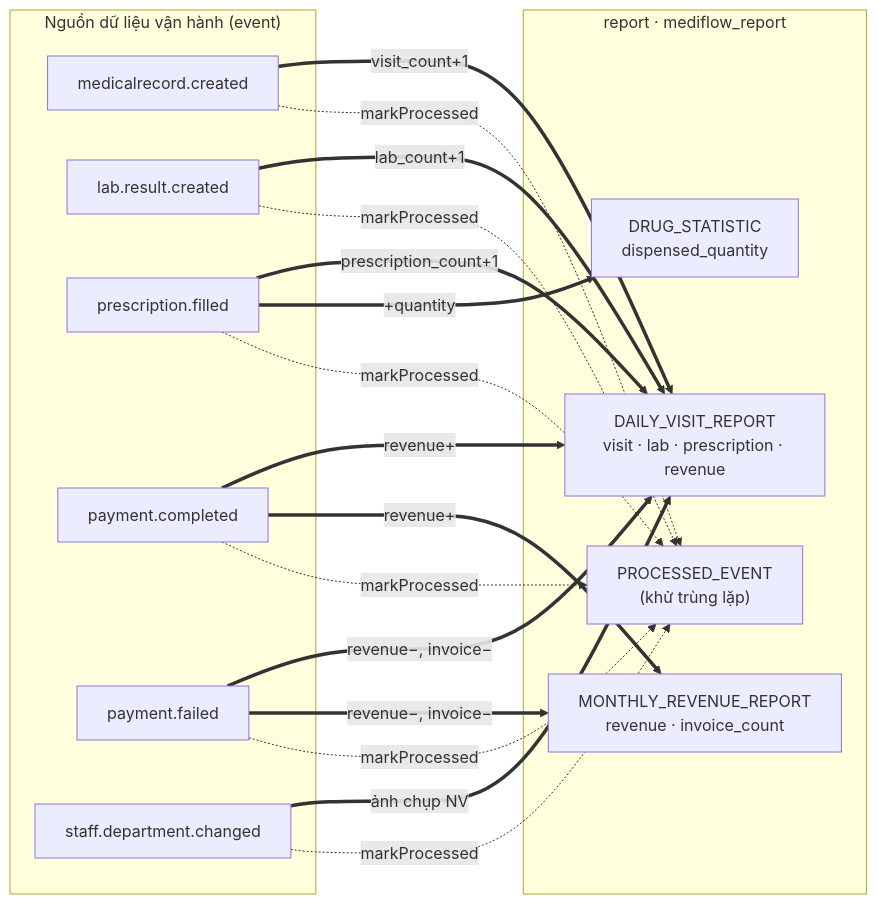
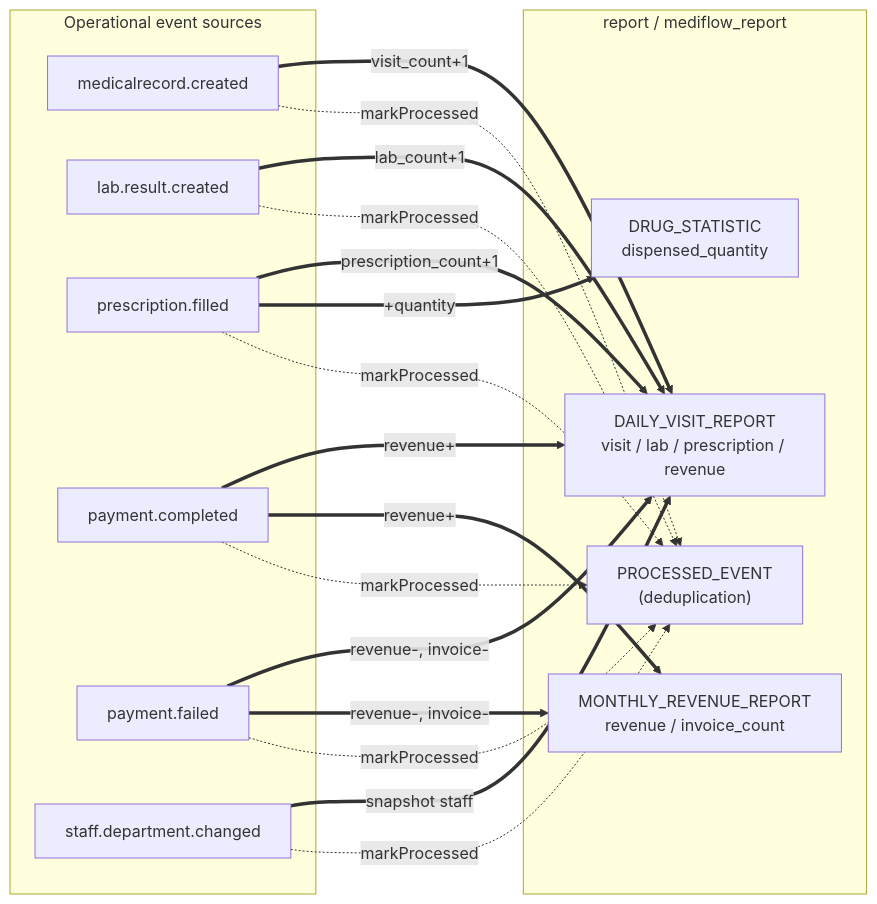
Before and after one commit to Dangvinh77/MediFlow: the diagram in docs/eproject_general_plan/erd/diagrams/erd-08-bao-cao.mmd, drawn with Mermaid. The commit also changed 33 other files, not shown here.

Commit message:
docs(erd): update entity relationship diagrams

```diff
--- a/docs/eproject_general_plan/erd/diagrams/erd-08-bao-cao.mmd
+++ b/docs/eproject_general_plan/erd/diagrams/erd-08-bao-cao.mmd
@@ -1,23 +1,23 @@
 flowchart LR
-    subgraph SRC["Nguồn dữ liệu vận hành (event)"]
-        HS["medicalrecord.created"]
-        XN["lab.result.created"]
-        PR["prescription.filled"]
-        PAY["payment.completed"]
-        FAIL["payment.failed"]
-        MV["staff.department.changed"]
+    subgraph SRC["Operational event sources"]
+        E1["medicalrecord.created"]
+        E2["lab.result.created"]
+        E3["prescription.filled"]
+        E4["payment.completed"]
+        E5["payment.failed"]
+        E6["staff.department.changed"]
     end
-    subgraph REP["report · mediflow_report"]
-        PE["PROCESSED_EVENT<br/>(khử trùng lặp)"]
-        DVR["DAILY_VISIT_REPORT<br/>visit · lab · prescription · revenue"]
-        MRR["MONTHLY_REVENUE_REPORT<br/>revenue · invoice_count"]
+    subgraph REP["report / mediflow_report"]
+        PE["PROCESSED_EVENT<br/>(deduplication)"]
+        DVR["DAILY_VISIT_REPORT<br/>visit / lab / prescription / revenue"]
+        MRR["MONTHLY_REVENUE_REPORT<br/>revenue / invoice_count"]
         DST["DRUG_STATISTIC<br/>dispensed_quantity"]
     end
-    HS ==>|visit_count+1| DVR
-    XN ==>|lab_count+1| DVR
-    PR ==>|prescription_count+1| DVR
-    PR ==>|+quantity| DST
-    PAY ==>|revenue+| DVR & MRR
-    FAIL ==>|revenue−, invoice−| DVR & MRR
-    MV ==>|ảnh chụp NV| DVR
-    HS & XN & PR & PAY & FAIL & MV -.->|markProcessed| PE
+    E1 ==>|visit_count+1| DVR
+    E2 ==>|lab_count+1| DVR
+    E3 ==>|prescription_count+1| DVR
+    E3 ==>|+quantity| DST
+    E4 ==>|revenue+| DVR & MRR
+    E5 ==>|revenue-, invoice-| DVR & MRR
+    E6 ==>|snapshot staff| DVR
+    E1 & E2 & E3 & E4 & E5 & E6 -.->|markProcessed| PE
```
